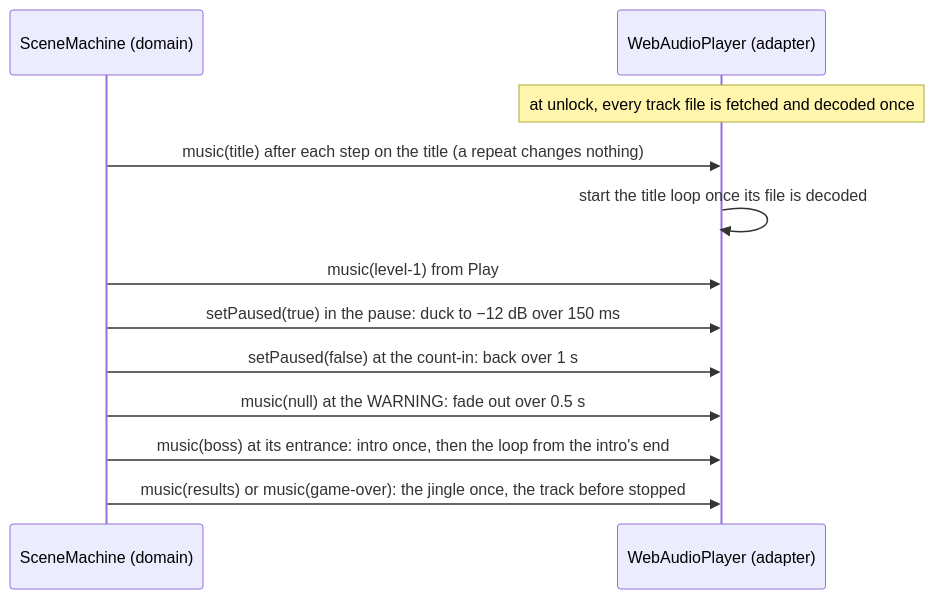
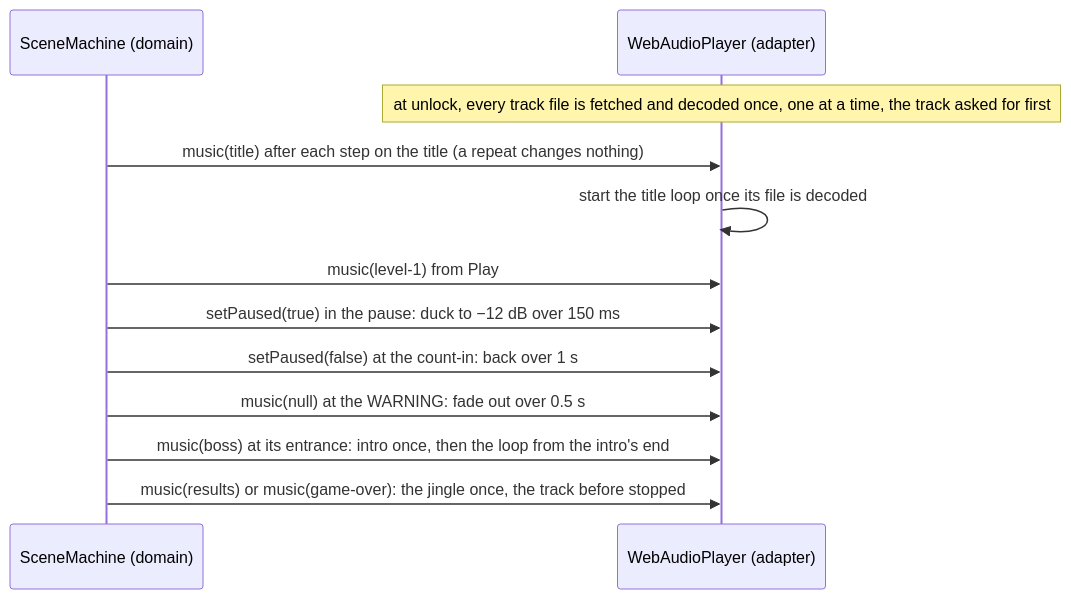
One commit to benoit-bremaud/retro-shmup changed the third of 3 diagrams in docs/architecture/diagrams/audio/04-class-audio.md. Above: the diagram before and after it, drawn with Mermaid. The commit also changed other lines of this file and 2 other files, not shown here.

First line of the commit message:
fix(audio): decode the track files one at a time, the one asked for first

````diff
--- a/docs/architecture/diagrams/audio/04-class-audio.md
+++ b/docs/architecture/diagrams/audio/04-class-audio.md
@@ -153,14 +156,14 @@
 ```mermaid
 sequenceDiagram
   participant SM as SceneMachine (domain)
   participant WA as WebAudioPlayer (adapter)
-  Note over WA: at unlock, every track file is fetched and decoded once
+  Note over WA: at unlock, every track file is fetched and decoded once, one at a time, the track asked for first
   SM->>WA: music(title) after each step on the title (a repeat changes nothing)
   WA->>WA: start the title loop once its file is decoded
   SM->>WA: music(level-1) from Play
   SM->>WA: setPaused(true) in the pause: duck to −12 dB over 150 ms
   SM->>WA: setPaused(false) at the count-in: back over 1 s
   SM->>WA: music(null) at the WARNING: fade out over 0.5 s
   SM->>WA: music(boss) at its entrance: intro once, then the loop from the intro's end
   SM->>WA: music(results) or music(game-over): the jingle once, the track before stopped
 ```
````
